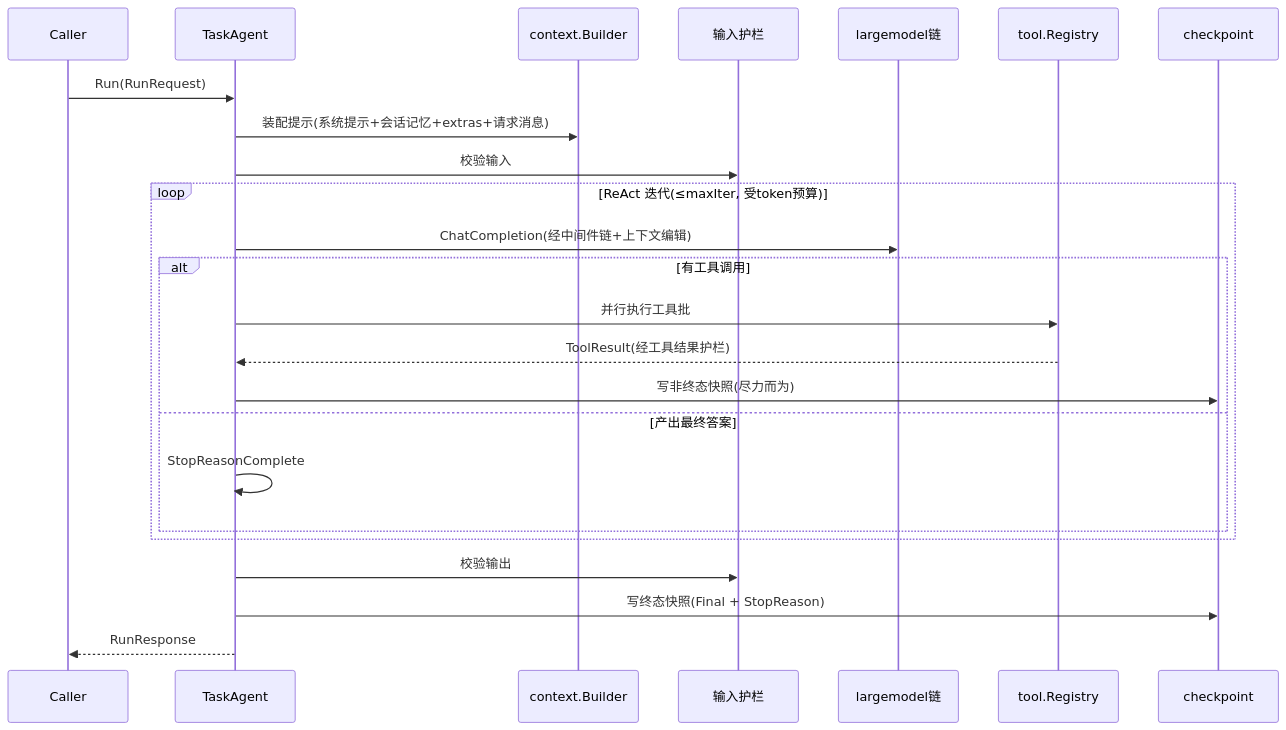
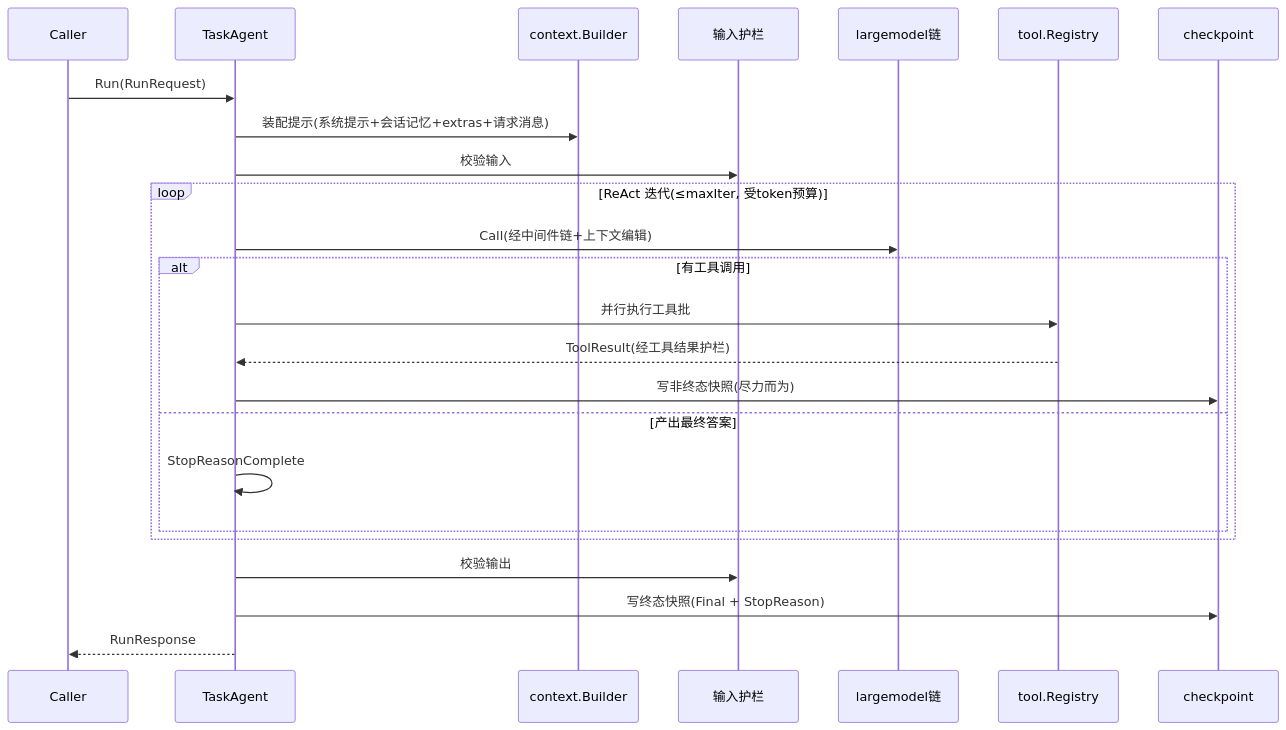
The second of 2 diagrams in doc/architecture/architecture.md (vogo/vage), drawn with Mermaid before and after one commit. The commit also changed 25 other files, not shown here.

````diff
--- a/doc/architecture/architecture.md
+++ b/doc/architecture/architecture.md
@@ -59,27 +59,27 @@
 ```mermaid
 sequenceDiagram
     participant Caller
     participant Task as TaskAgent
     participant Ctx as context.Builder
     participant Guard as 输入护栏
     participant LLM as largemodel链
     participant Tool as tool.Registry
     participant CP as checkpoint
 
     Caller->>Task: Run(RunRequest)
     Task->>Ctx: 装配提示(系统提示+会话记忆+extras+请求消息)
     Task->>Guard: 校验输入
     loop ReAct 迭代(≤maxIter, 受token预算)
-        Task->>LLM: ChatCompletion(经中间件链+上下文编辑)
+        Task->>LLM: Call(经中间件链+上下文编辑)
         alt 有工具调用
             Task->>Tool: 并行执行工具批
             Tool-->>Task: ToolResult(经工具结果护栏)
             Task->>CP: 写非终态快照(尽力而为)
         else 产出最终答案
             Task->>Task: StopReasonComplete
         end
     end
     Task->>Guard: 校验输出
     Task->>CP: 写终态快照(Final + StopReason)
     Task-->>Caller: RunResponse
 ```
````
